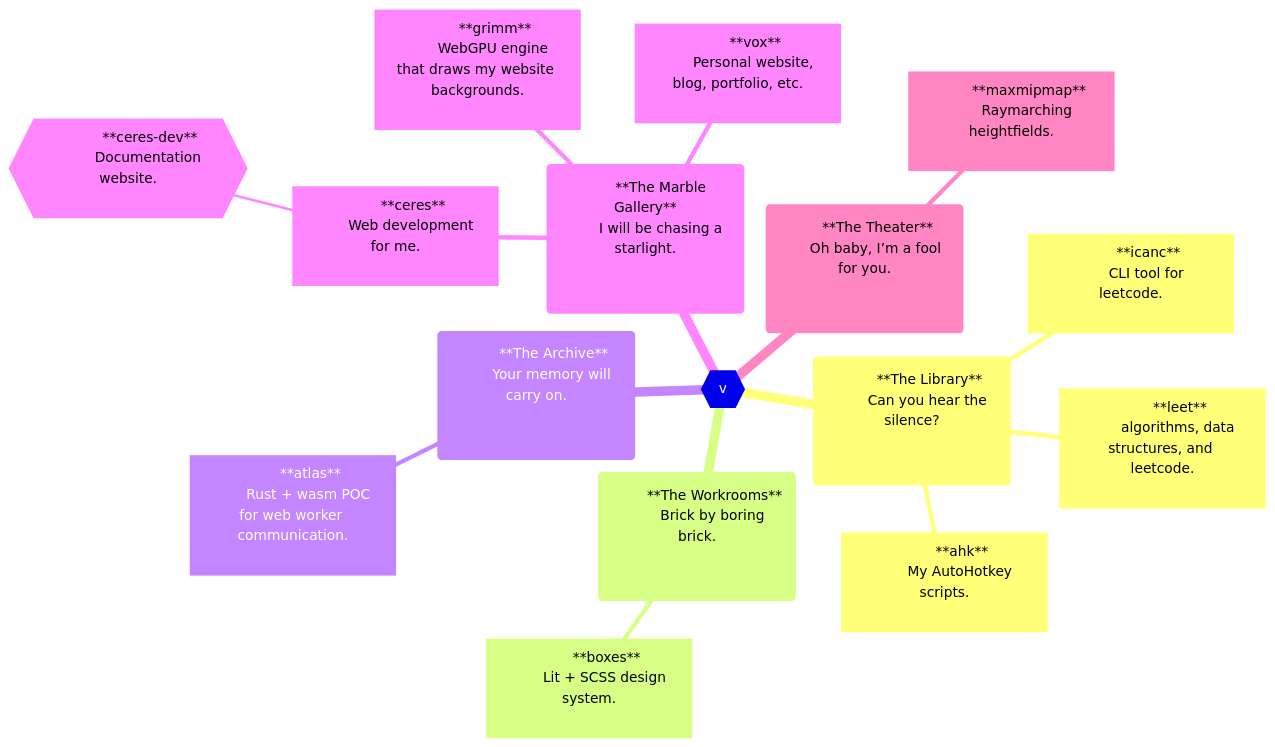
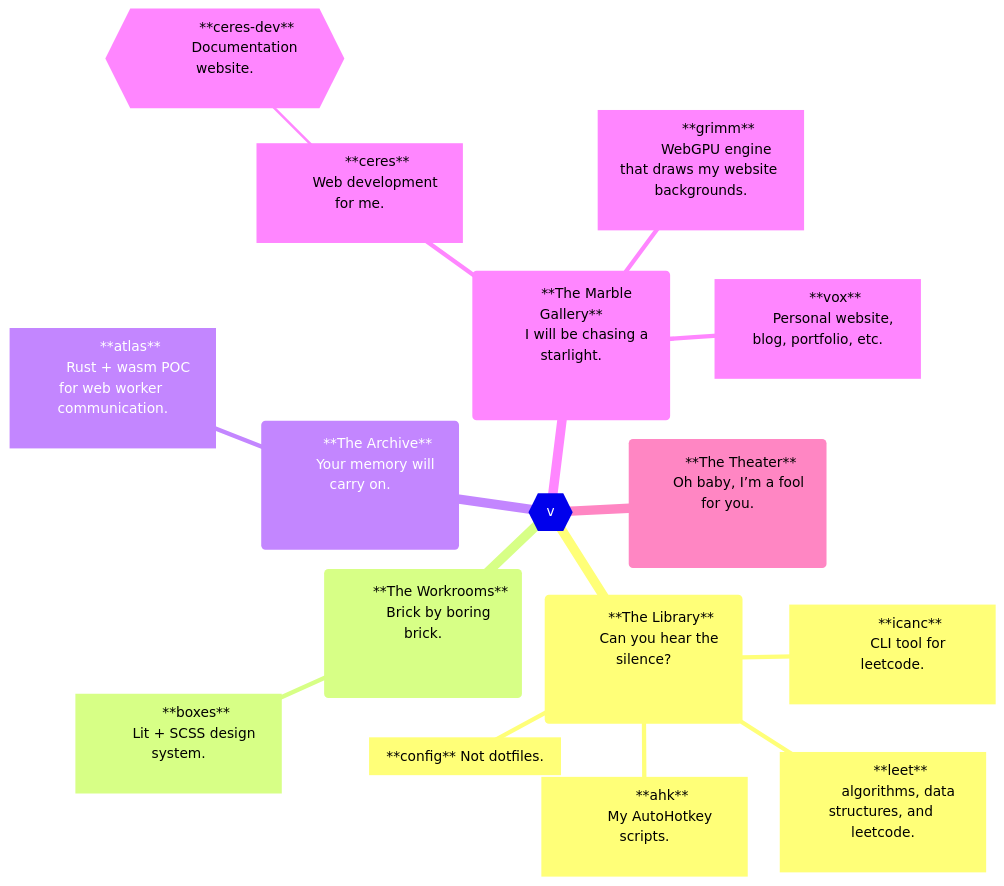
Before and after one commit to voxelstack/voxelstack: the diagram in README.md, drawn with Mermaid.

Commit message:
Update README.md
Add configs.
Remove maxmipmap.

````diff
--- a/README.md
+++ b/README.md
@@ -4,70 +4,70 @@
 ```mermaid
 mindmap
   root{{v}}
     (
         **The Library**
         Can you hear the silence?
         <!-- Can you see the dark? -->
     )
       [
         **leet**
         algorithms, data structures, and leetcode.
       ]
       [
         **icanc**
         CLI tool for leetcode.
       ]
       [
         **ahk**
         My AutoHotkey scripts.
+      ]
+      [
+        **config**
+        Not dotfiles.
       ]
     (
         <!-- The word "workshop" was taken from us. -->
         **The Workrooms**
         Brick by boring brick.
         <!-- Or the wolf's gonna blow it down. -->
     )
       [
         **boxes**
         Lit + SCSS design system.
       ]
     (
         **The Archive**
         Your memory will carry on.
         <!-- We'll carry on. -->
     )
       [
         **atlas**
         Rust + wasm POC for web worker communication.
       ]
     (
         **The Marble Gallery**
         I will be chasing a starlight.
         <!-- Until the end of my life. -->
     )
       [
         **ceres**
         Web development for me.
       ]
         {{
           **ceres-dev**
           Documentation website.
         }}
       [
         **grimm**
         WebGPU engine that draws my website backgrounds.
       ]
       [
         **vox**
         Personal website, blog, portfolio, etc.
       ]
     (
       **The Theater**
       Oh baby, I’m a fool for you.
       <!-- You're the queen of the superficial. -->
     )
-      [
-        **maxmipmap**
-        Raymarching heightfields.
-      ]
 ```
````
